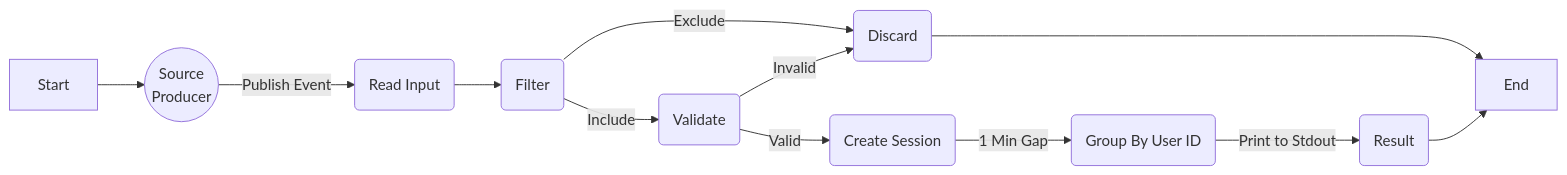
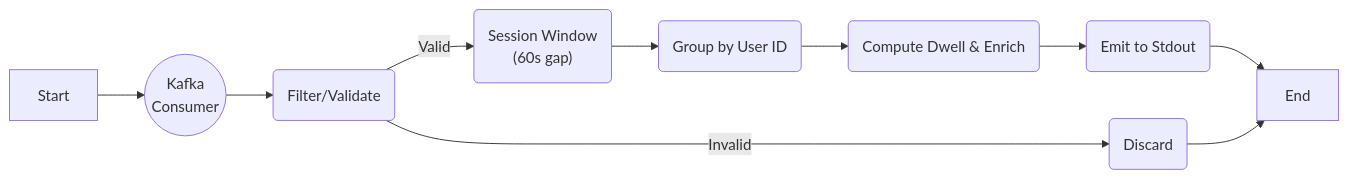
Before and after one commit to aaronginder/web-analytics-pages-viewed: the second of 2 diagrams in README.md, drawn with Mermaid. The commit also changed other lines of this file and 39 other files, not shown here.

````diff
--- a/README.md
+++ b/README.md
@@ -135,15 +183,12 @@
 ```mermaid
 flowchart LR
-
-Start --> Source
-Source(("Source<br>Producer")) --> | Publish Event | Read("Read Input") --> Filter("Filter")
-Filter --> |Include|Validate(Validate)
-Filter --> |Exclude|Discard(Discard)
-Validate --> |Valid|Window("Create Session")
-Validate --> |Invalid|Discard
-Window --> |1 Min Gap|Group("Group By User ID")
-Group --> |Print to Stdout|Result(Result)
-Discard --> End
-Result --> End
-
+    Start --> Source
+    Source(("Kafka\nConsumer")) --> Filter("Filter/Validate")
+    Filter -->|Valid| Window("Session Window\n(60s gap)")
+    Filter -->|Invalid| Discard("Discard")
+    Window --> Group("Group by User ID")
+    Group --> Enrich("Compute Dwell & Enrich")
+    Enrich --> Result("Emit to Stdout")
+    Result --> End
+    Discard --> End
 ```
````
